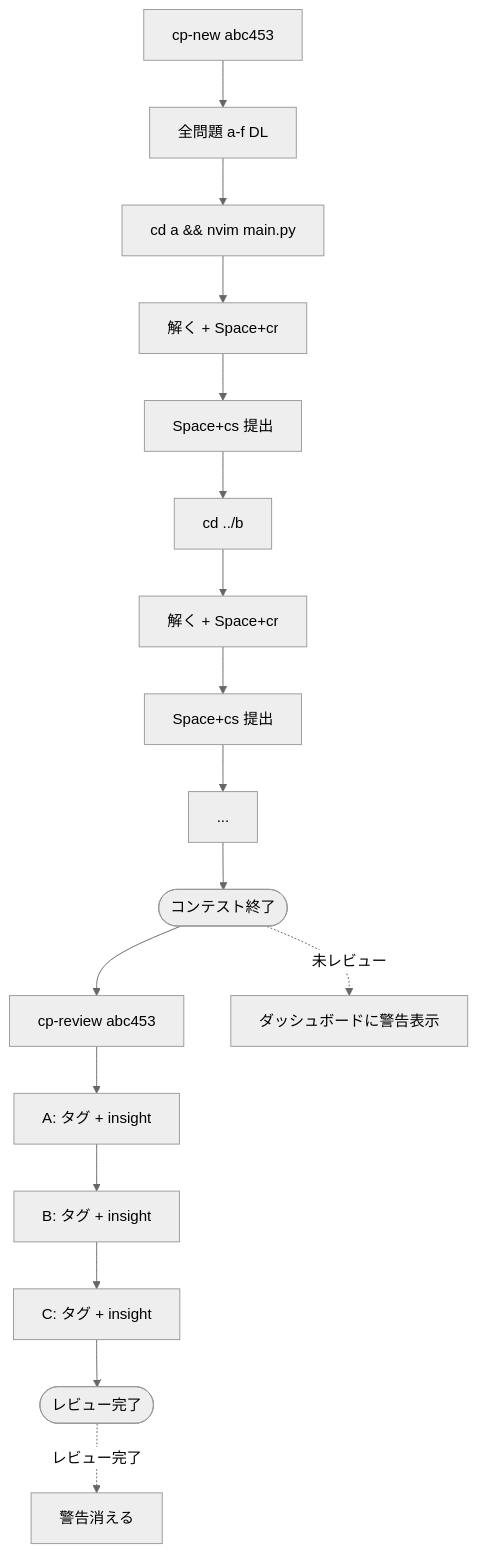
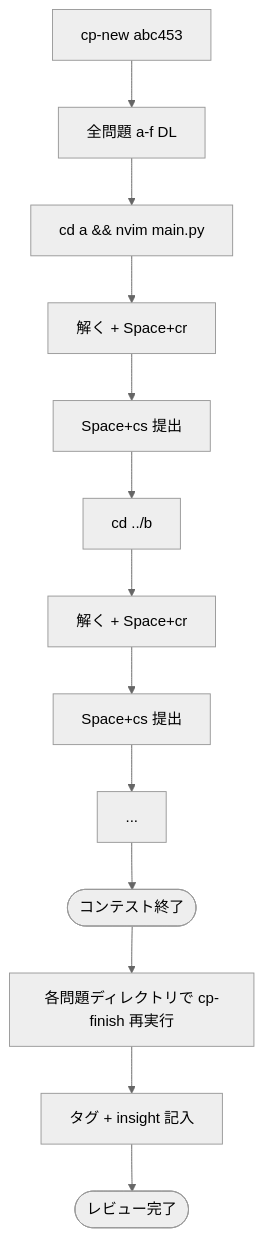
The second of 5 diagrams in docs/workflow.md (MeJamoLeo/nixos-cp), drawn with Mermaid (neutral theme) before and after one commit. The commit also changed 9 other files, not shown here.

````diff
--- a/docs/workflow.md
+++ b/docs/workflow.md
@@ -39,24 +39,18 @@
 ```mermaid
 flowchart TD
     CPNEW[cp-new abc453] --> DL[全問題 a-f DL]
     DL --> SOLVE_A[cd a && nvim main.py]
     
     SOLVE_A --> CODE_A[解く + Space+cr]
     CODE_A --> SUB_A[Space+cs 提出]
     SUB_A --> NEXT_B[cd ../b]
     
     NEXT_B --> CODE_B[解く + Space+cr]
     CODE_B --> SUB_B[Space+cs 提出]
     SUB_B --> DOTS[...]
     
     DOTS --> END_CONTEST([コンテスト終了])
-    END_CONTEST --> REVIEW[cp-review abc453]
-    
-    REVIEW --> TAG_A[A: タグ + insight]
-    TAG_A --> TAG_B[B: タグ + insight]
-    TAG_B --> TAG_C[C: タグ + insight]
-    TAG_C --> DONE([レビュー完了])
-    
-    END_CONTEST -.->|未レビュー| DASH[ダッシュボードに警告表示]
-    DONE -.->|レビュー完了| DASH_CLEAR[警告消える]
+    END_CONTEST --> REVISIT[各問題ディレクトリで cp-finish 再実行]
+    REVISIT --> TAG[タグ + insight 記入]
+    TAG --> DONE([レビュー完了])
 ```
````
